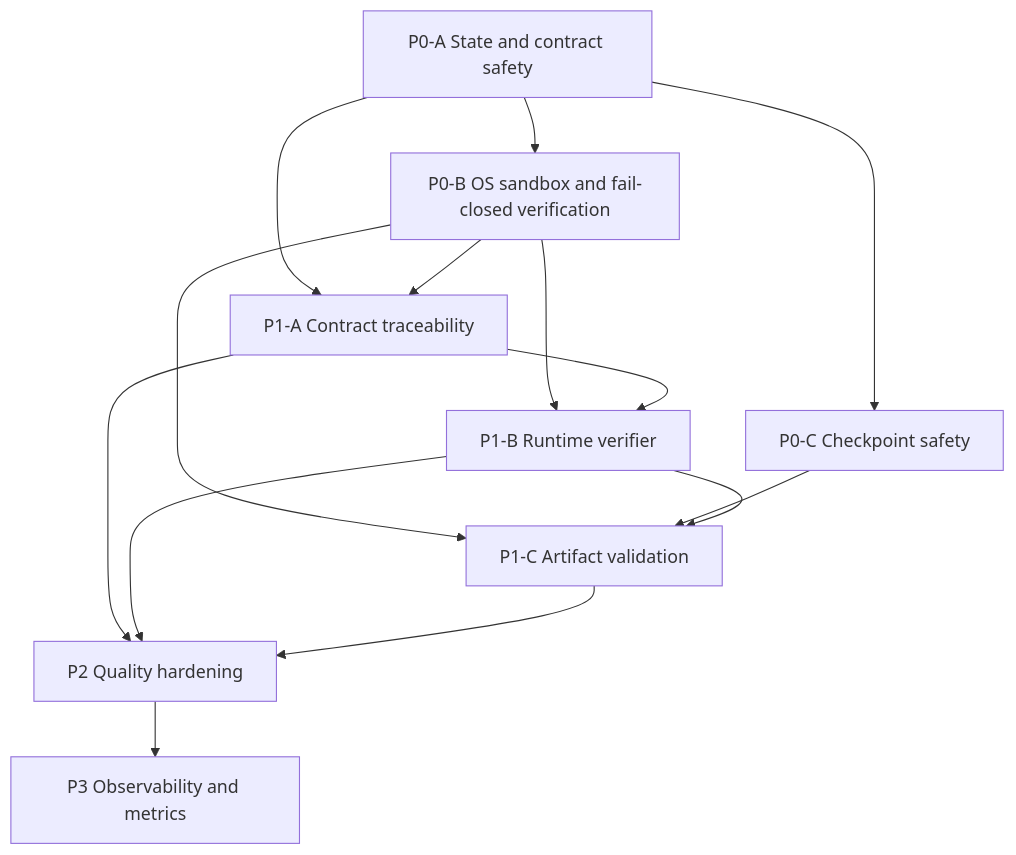
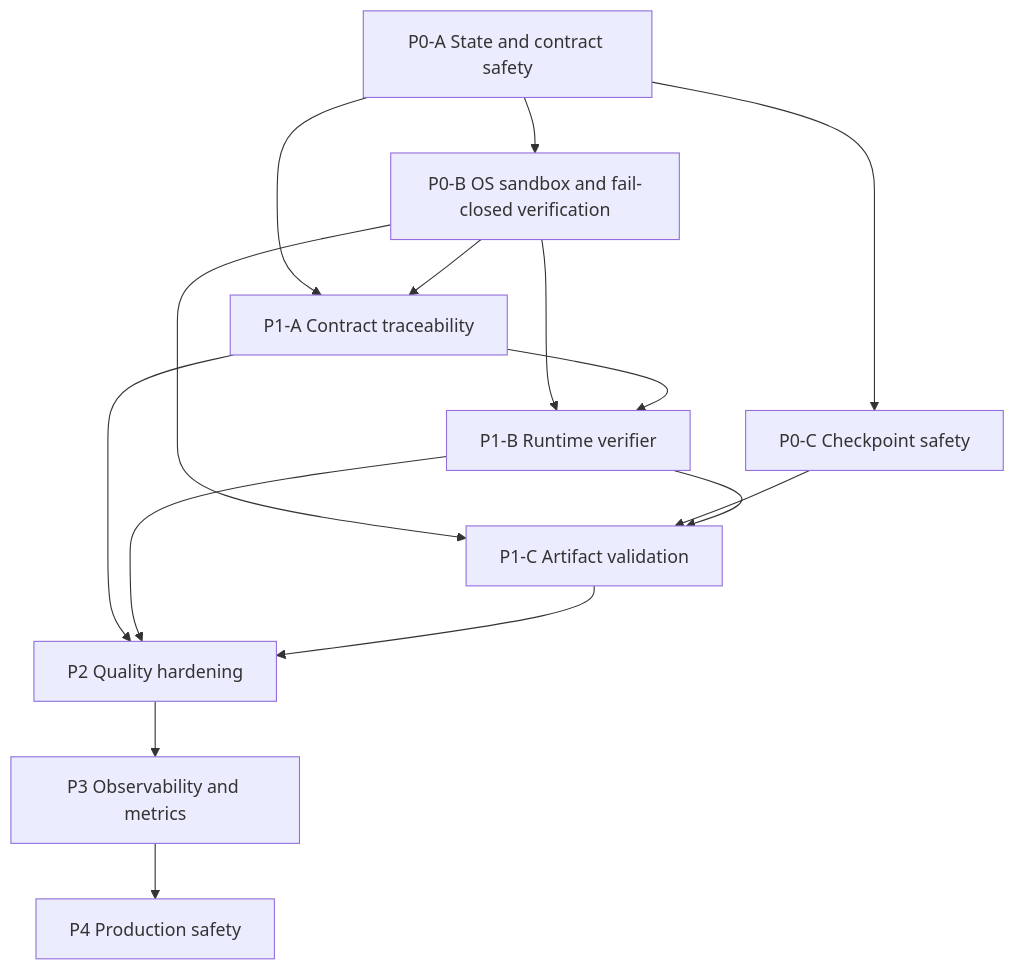
One commit to sirrakadembasti/xfactor changed the diagram in implementation-plans/00-MASTER-EXECUTION-PLAN.md. Above: the diagram before and after it, drawn with Mermaid. The commit also changed other lines of this file and 4 other files, not shown here.

Commit message:
plan(P4): add production safety continuity unit

````diff
--- a/implementation-plans/00-MASTER-EXECUTION-PLAN.md
+++ b/implementation-plans/00-MASTER-EXECUTION-PLAN.md
@@ -36,16 +36,17 @@
 ```mermaid
 flowchart TD
     A[P0-A State and contract safety] --> B[P0-B OS sandbox and fail-closed verification]
     A --> C[P0-C Checkpoint safety]
     A --> D[P1-A Contract traceability]
     B --> D
     B --> E[P1-B Runtime verifier]
     D --> E
     B --> F[P1-C Artifact validation]
     C --> F
     E --> F
     D --> G[P2 Quality hardening]
     E --> G
     F --> G
     G --> H[P3 Observability and metrics]
+    H --> I[P4 Production safety]
 ```
````
